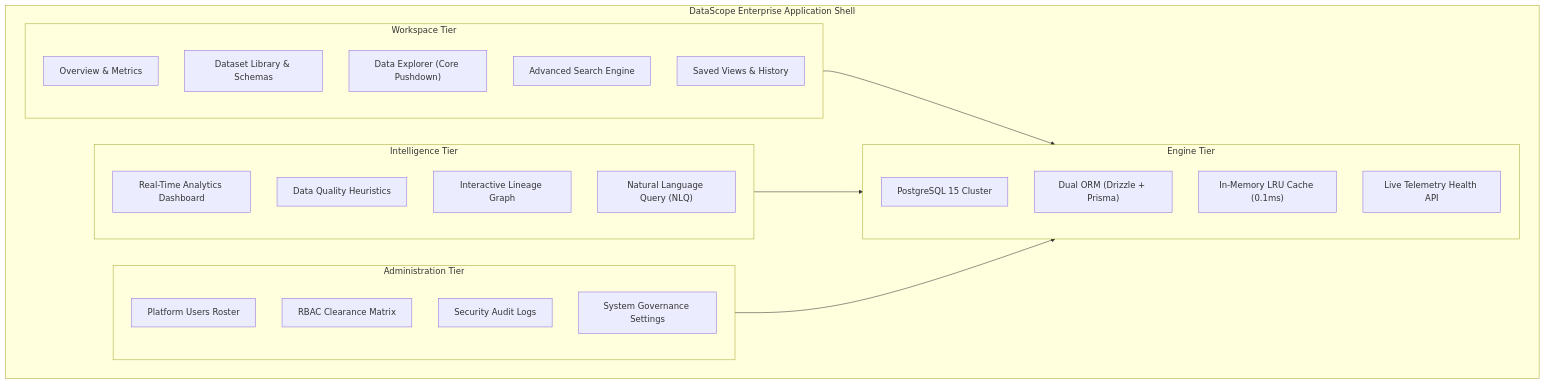
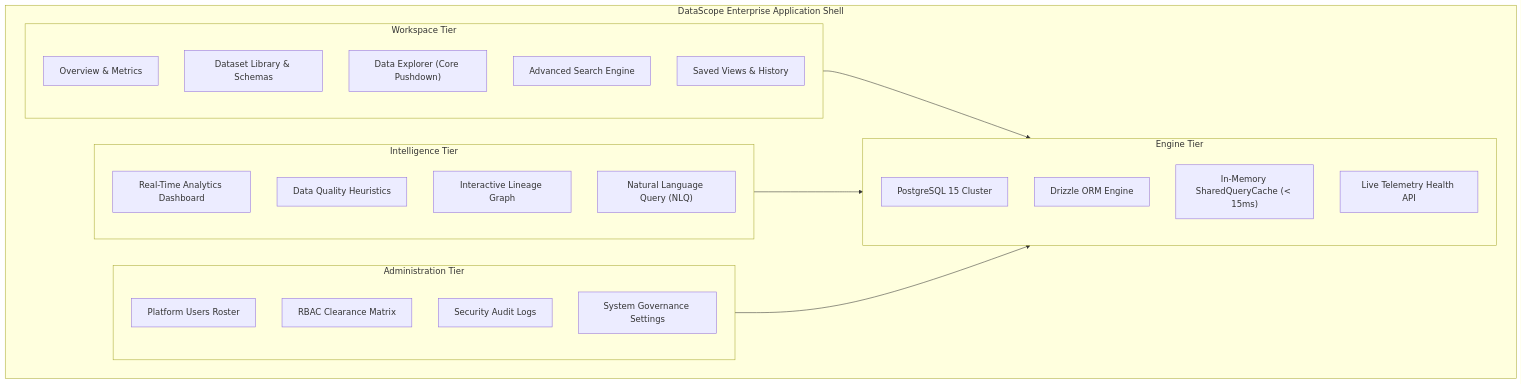
One commit to nabilpwqz/DataScope changed the first of 8 diagrams in README.md. Above: the diagram before and after it, drawn with Mermaid. The commit also changed other lines of this file and 15 other files, not shown here.

Commit message:
docs(perf): complete Phases 8 & 9 - performance report, k6 benchmark suite, 9 standalone ADRs, architecture overview, and rubric defense

````diff
--- a/README.md
+++ b/README.md
@@ -97,37 +96,37 @@
 ```mermaid
 flowchart TD
   subgraph Shell["DataScope Enterprise Application Shell"]
     subgraph W1["Workspace Tier"]
       O["Overview &amp; Metrics"]
       D["Dataset Library &amp; Schemas"]
       E["Data Explorer (Core Pushdown)"]
       S["Advanced Search Engine"]
       V["Saved Views &amp; History"]
     end
 
     subgraph W2["Intelligence Tier"]
       A["Real-Time Analytics Dashboard"]
       Q["Data Quality Heuristics"]
       L["Interactive Lineage Graph"]
       N["Natural Language Query (NLQ)"]
     end
 
     subgraph W3["Administration Tier"]
       U["Platform Users Roster"]
       R["RBAC Clearance Matrix"]
       AL["Security Audit Logs"]
       ST["System Governance Settings"]
     end
 
     subgraph W4["Engine Tier"]
       P["PostgreSQL 15 Cluster"]
-      ORM["Dual ORM (Drizzle + Prisma)"]
-      C["In-Memory LRU Cache (0.1ms)"]
+      ORM["Drizzle ORM Engine"]
+      C["In-Memory SharedQueryCache (< 15ms)"]
       H["Live Telemetry Health API"]
     end
   end
 
   W1 --> W4
   W2 --> W4
   W3 --> W4
 ```
````
